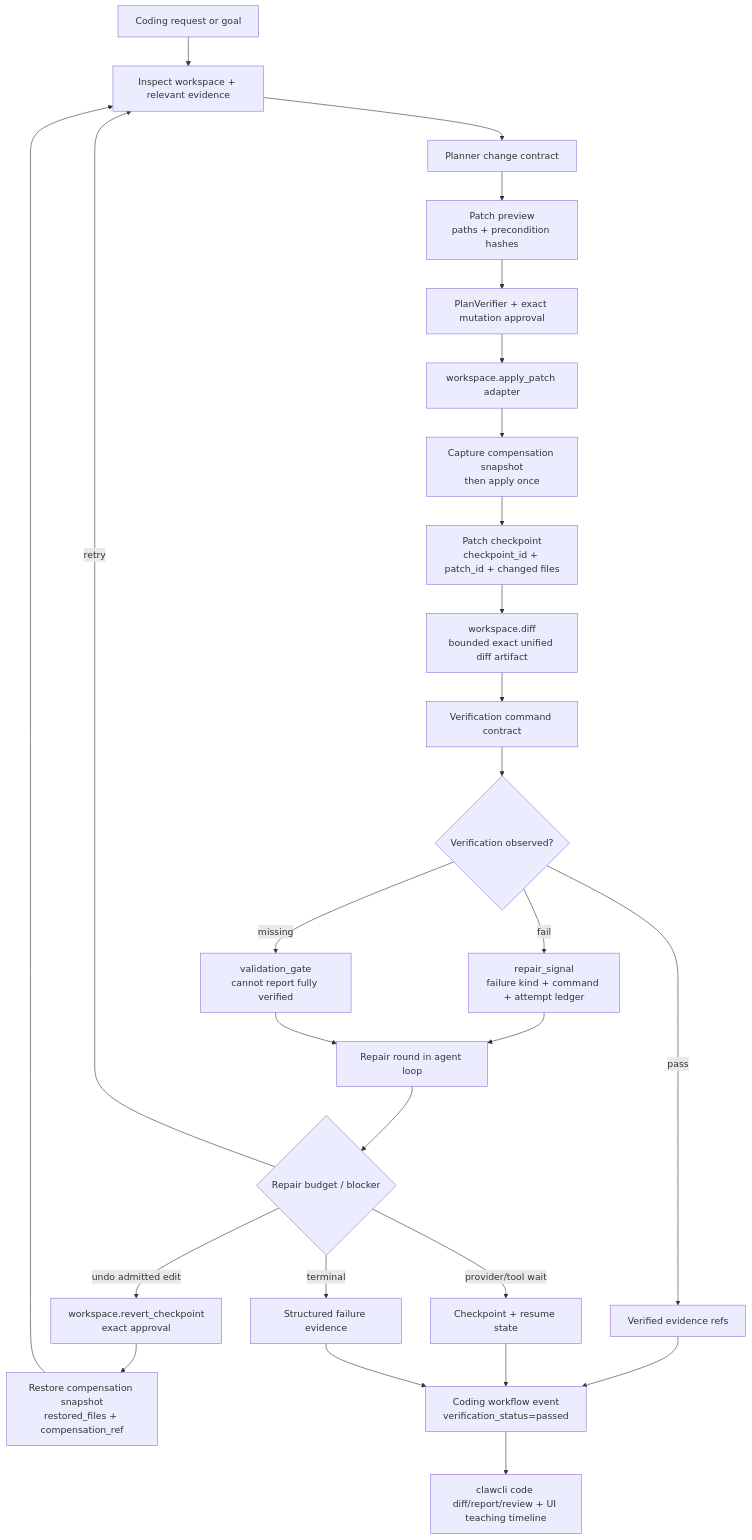
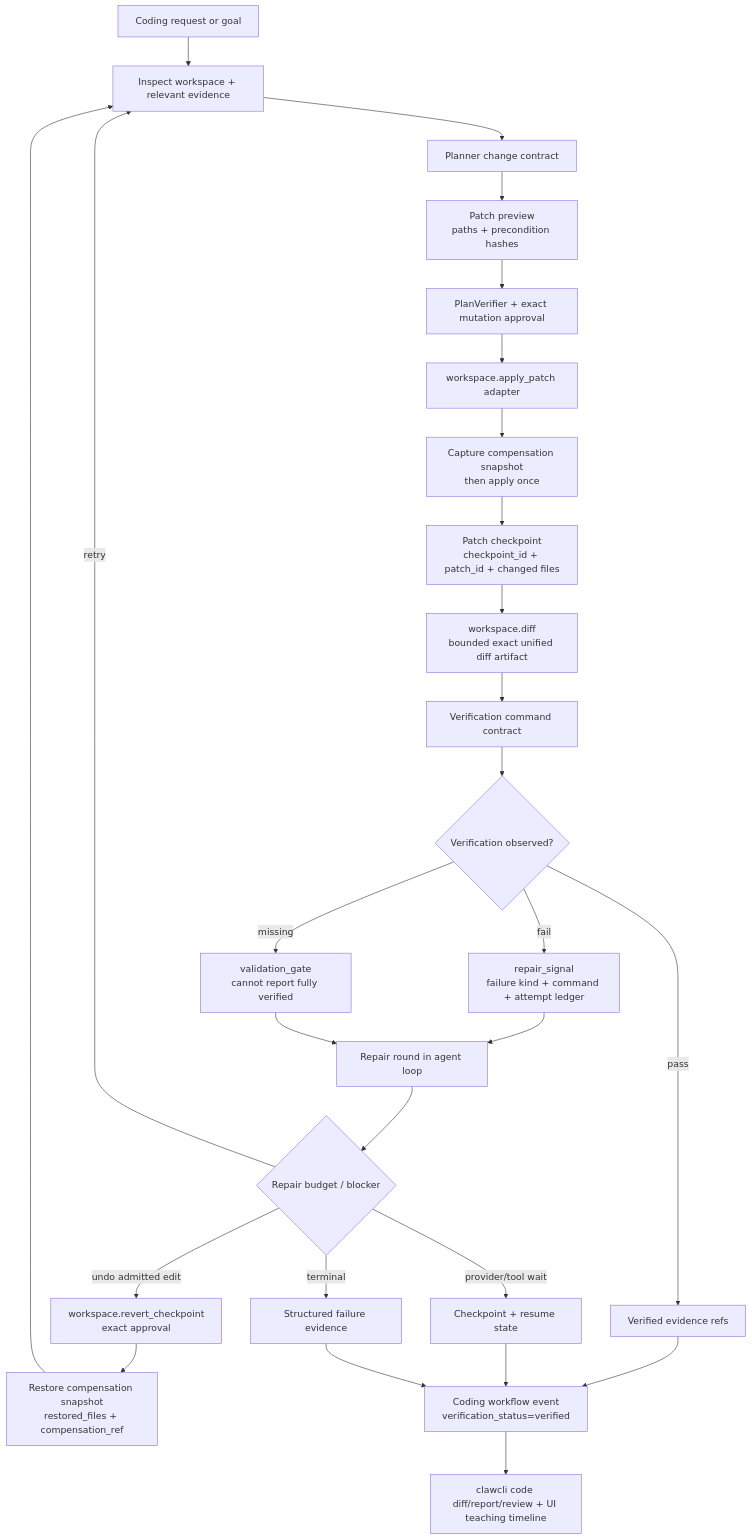
Before and after one commit to MatrixCoreX/RustClaw: diagram 15 of 17 in README.md, drawn with Mermaid. The commit also changed other lines of this file and 15 other files, not shown here.

````diff
--- a/README.md
+++ b/README.md
@@ -742,29 +742,29 @@
 ```mermaid
 flowchart TD
     A[Coding request or goal] --> B[Inspect workspace + relevant evidence]
     B --> C[Planner change contract]
     C --> D[Patch preview<br/>paths + precondition hashes]
     D --> E[PlanVerifier + exact mutation approval]
     E --> F[workspace.apply_patch adapter]
     F --> G[Capture compensation snapshot<br/>then apply once]
     G --> H[Patch checkpoint<br/>checkpoint_id + patch_id + changed files]
     H --> I[workspace.diff<br/>bounded exact unified diff artifact]
     I --> J[Verification command contract]
     J --> K{Verification observed?}
     K -->|pass| L[Verified evidence refs]
     K -->|fail| M[repair_signal<br/>failure kind + command + attempt ledger]
     K -->|missing| N[validation_gate<br/>cannot report fully verified]
     M --> O[Repair round in agent loop]
     N --> O
     O --> P{Repair budget / blocker}
     P -->|retry| B
     P -->|provider/tool wait| Q[Checkpoint + resume state]
     P -->|undo admitted edit| R[workspace.revert_checkpoint<br/>exact approval]
     R --> S[Restore compensation snapshot<br/>restored_files + compensation_ref]
     S --> B
     P -->|terminal| T[Structured failure evidence]
-    L --> U[Coding workflow event<br/>verification_status=passed]
+    L --> U[Coding workflow event<br/>verification_status=verified]
     Q --> U
     T --> U
     U --> V[clawcli code diff/report/review + UI teaching timeline]
 ```
````
